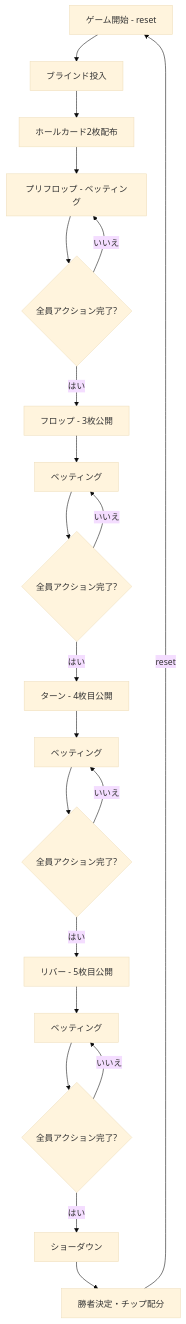
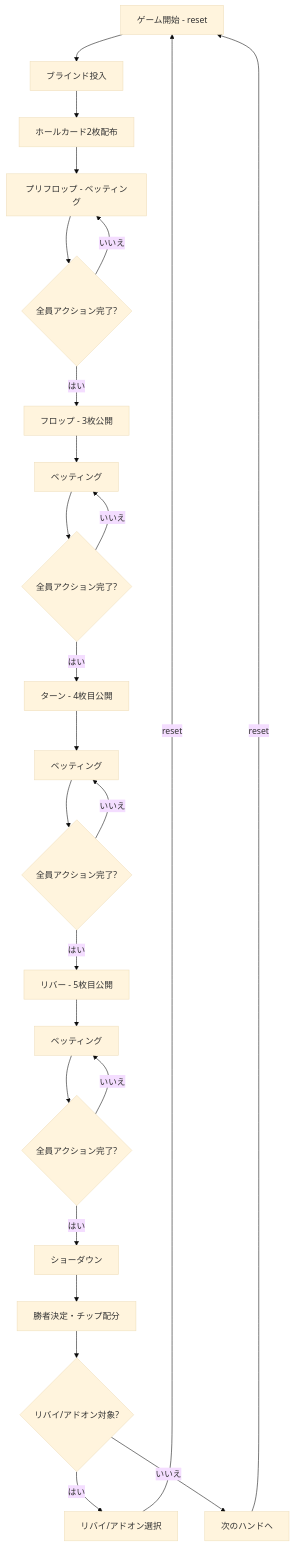
The diagram in docs/manual/cui/holdem.md (yuta-yoshinaga/go_trumpcards), drawn with Mermaid (base theme) before and after one commit. The commit also changed other lines of this file and 31 other files, not shown here.

````diff
--- a/docs/manual/cui/holdem.md
+++ b/docs/manual/cui/holdem.md
@@ -72,23 +73,27 @@
 ```mermaid
 flowchart TD
     A[ゲーム開始 - reset] --> B[ブラインド投入]
     B --> C[ホールカード2枚配布]
     C --> D[プリフロップ - ベッティング]
     D --> E{全員アクション完了?}
     E -->|いいえ| D
     E -->|はい| F[フロップ - 3枚公開]
     F --> G[ベッティング]
     G --> H{全員アクション完了?}
     H -->|いいえ| G
     H -->|はい| I[ターン - 4枚目公開]
     I --> J[ベッティング]
     J --> K{全員アクション完了?}
     K -->|いいえ| J
     K -->|はい| L[リバー - 5枚目公開]
     L --> M[ベッティング]
     M --> N{全員アクション完了?}
     N -->|いいえ| M
     N -->|はい| O[ショーダウン]
     O --> P[勝者決定・チップ配分]
-    P -->|reset| A
+    P --> Q{リバイ/アドオン対象?}
+    Q -->|はい| R[リバイ/アドオン選択]
+    R -->|reset| A
+    Q -->|いいえ| S[次のハンドへ]
+    S -->|reset| A
 ```
````
